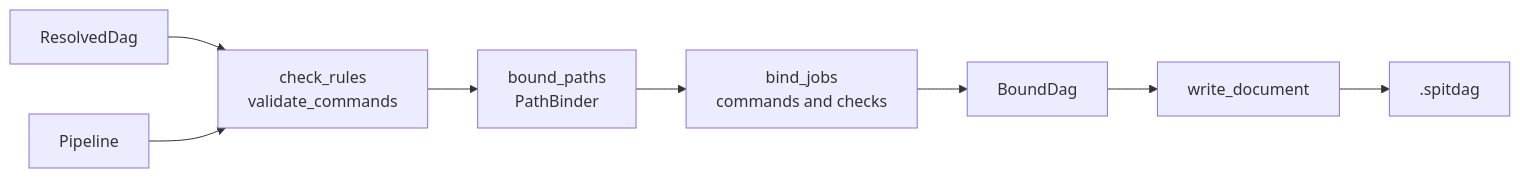
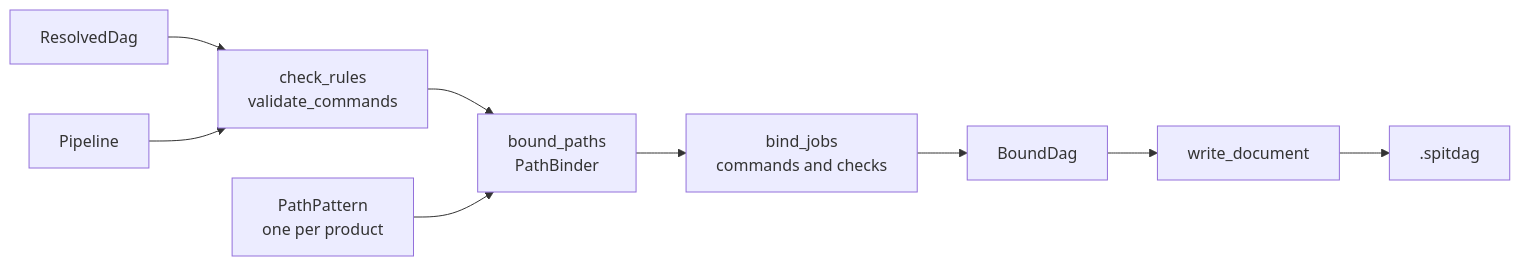
The diagram in docs/architecture/binding.md (eclnz/spit), drawn with Mermaid before and after one commit. The commit also changed other lines of this file and 1 other file, not shown here.

First line of the commit message:
Describe the compiled PathPattern in the binding and inputs pages

````diff
--- a/docs/architecture/binding.md
+++ b/docs/architecture/binding.md
@@ -5,10 +5,11 @@
 ```mermaid
 flowchart LR
     dag["ResolvedDag"] --> rules["check_rules<br/>validate_commands"]
     pipeline["Pipeline"] --> rules
     rules --> paths["bound_paths<br/>PathBinder"]
+    pattern["PathPattern<br/>one per product"] --> paths
     paths --> jobs["bind_jobs<br/>commands and checks"]
     jobs --> bound["BoundDag"]
     bound --> write["write_document"]
     write --> file[".spitdag"]
 ```
````
